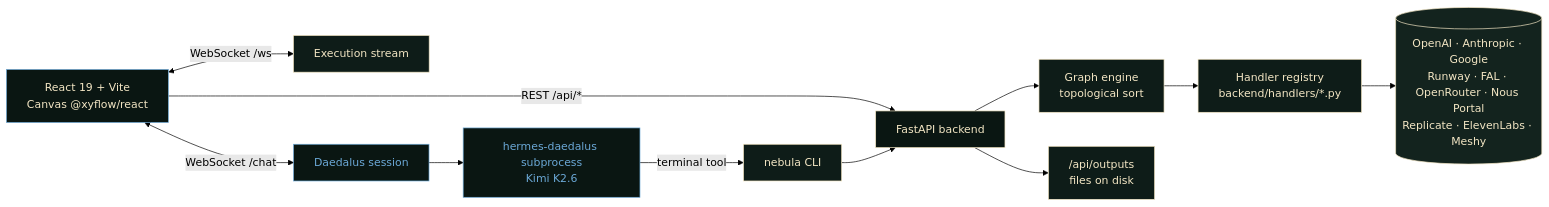
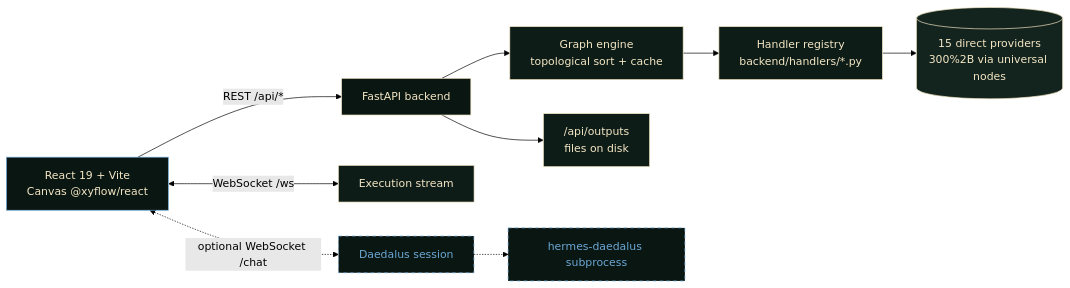
One commit to JustinPerea/nebula-nodes changed the diagram in README.md. Above: the diagram before and after it, drawn with Mermaid (forest theme). The commit also changed other lines of this file, not shown here.

````diff
--- a/README.md
+++ b/README.md
@@ -340,24 +287,21 @@
 ```mermaid
 graph LR
     UI[React 19 + Vite<br/>Canvas @xyflow/react] -->|REST /api/*| API[FastAPI backend]
     UI <-->|WebSocket /ws| WS[Execution stream]
-    API --> ENGINE[Graph engine<br/>topological sort]
+    API --> ENGINE[Graph engine<br/>topological sort + cache]
     ENGINE --> HANDLERS[Handler registry<br/>backend/handlers/*.py]
-    HANDLERS --> PROVIDERS[(OpenAI · Anthropic · Google<br/>Runway · FAL · OpenRouter · Nous Portal<br/>Replicate · ElevenLabs · Meshy)]
+    HANDLERS --> PROVIDERS[(15 direct providers<br/>300%2B via universal nodes)]
     API --> OUT["/api/outputs<br/>files on disk"]
-    UI <-->|WebSocket /chat| CHAT[Daedalus session]
-    CHAT --> HERMES[hermes-daedalus subprocess<br/>Kimi K2.6]
-    HERMES -->|terminal tool| CLI[nebula CLI]
-    CLI --> API
+    UI <-.->|optional WebSocket /chat| CHAT[Daedalus session]
+    CHAT -.-> HERMES[hermes-daedalus subprocess]
 
     style UI fill:#0a1612,color:#f3e6c4,stroke:#6ba8d6
     style API fill:#0a1612,color:#f3e6c4,stroke:#f3e6c4
     style ENGINE fill:#0e1c18,color:#f3e6c4,stroke:#f3e6c4
     style HANDLERS fill:#0e1c18,color:#f3e6c4,stroke:#f3e6c4
     style PROVIDERS fill:#13231e,color:#f3e6c4,stroke:#f3e6c4
     style OUT fill:#0e1c18,color:#f3e6c4,stroke:#f3e6c4
     style WS fill:#0e1c18,color:#f3e6c4,stroke:#f3e6c4
-    style CHAT fill:#0a1612,color:#6ba8d6,stroke:#6ba8d6
-    style HERMES fill:#0a1612,color:#6ba8d6,stroke:#6ba8d6
-    style CLI fill:#0e1c18,color:#f3e6c4,stroke:#f3e6c4
+    style CHAT fill:#0a1612,color:#6ba8d6,stroke:#6ba8d6,stroke-dasharray: 5 5
+    style HERMES fill:#0a1612,color:#6ba8d6,stroke:#6ba8d6,stroke-dasharray: 5 5
 ```
````
